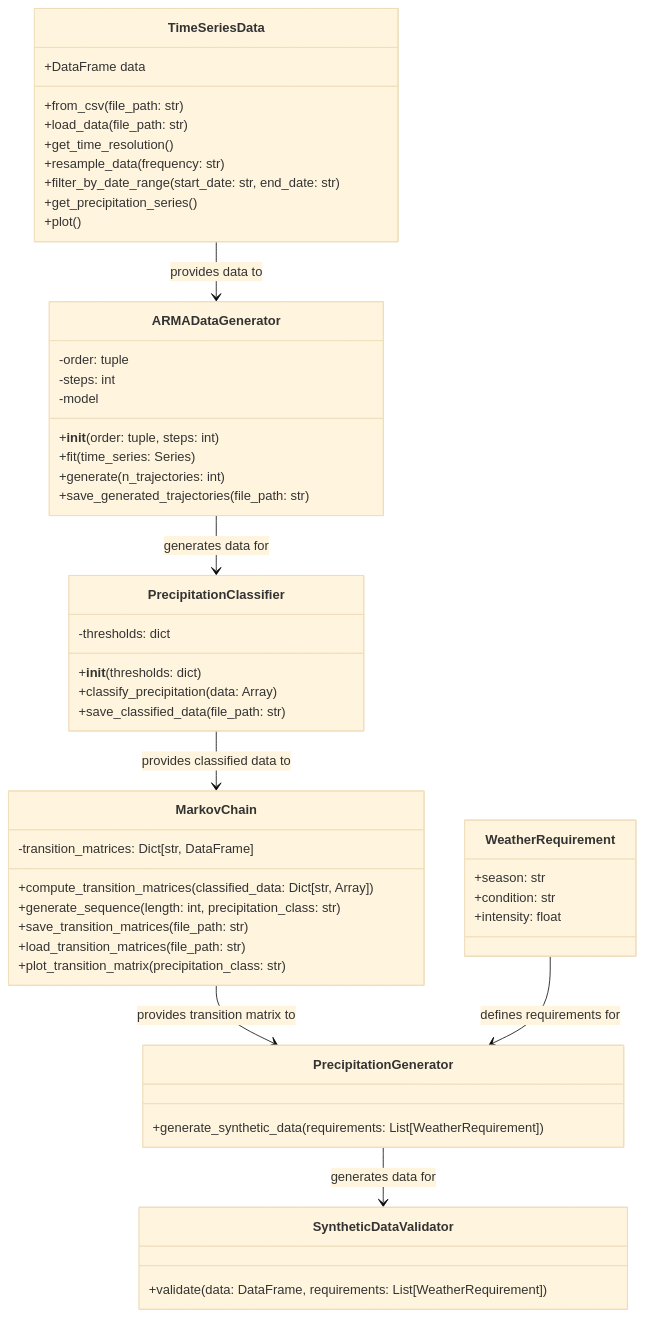
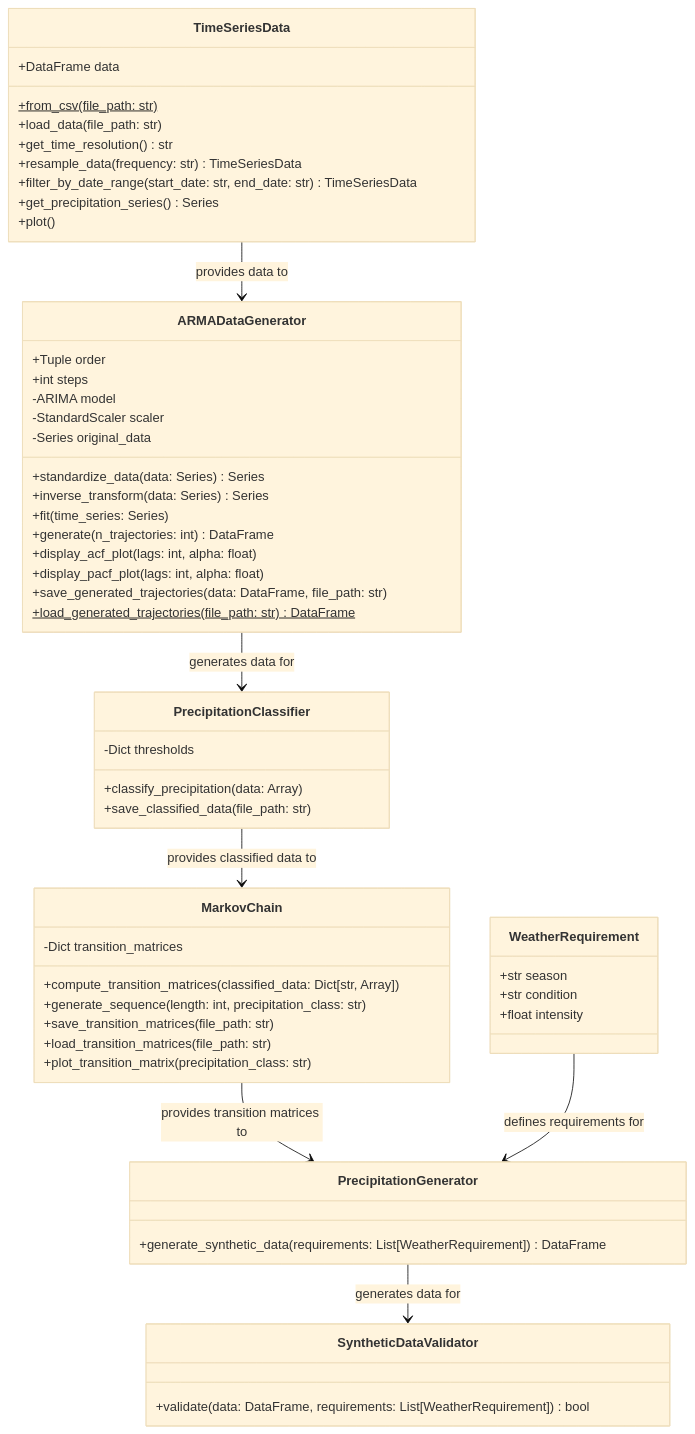
One commit to CooperBigFoot/precipitation-generator changed the diagram in diagram.md. Above: the diagram before and after it, drawn with Mermaid (base theme). The commit also changed 1 other file, not shown here.

Commit message:
update diagram

````diff
--- a/diagram.md
+++ b/diagram.md
@@ -2,60 +2,65 @@
 ```mermaid
 classDiagram
     class TimeSeriesData {
         +DataFrame data
-        +from_csv(file_path: str)
+        +from_csv(file_path: str)$
         +load_data(file_path: str)
-        +get_time_resolution()
-        +resample_data(frequency: str)
-        +filter_by_date_range(start_date: str, end_date: str)
-        +get_precipitation_series()
+        +get_time_resolution() str
+        +resample_data(frequency: str) TimeSeriesData
+        +filter_by_date_range(start_date: str, end_date: str) TimeSeriesData
+        +get_precipitation_series() Series
         +plot()
     }
 
     class ARMADataGenerator {
-        -order: tuple
-        -steps: int
-        -model
-        +__init__(order: tuple, steps: int)
+        +Tuple order
+        +int steps
+        -ARIMA model
+        -StandardScaler scaler
+        -Series original_data
+        +standardize_data(data: Series) Series
+        +inverse_transform(data: Series) Series
         +fit(time_series: Series)
-        +generate(n_trajectories: int)
-        +save_generated_trajectories(file_path: str)
+        +generate(n_trajectories: int) DataFrame
+        +display_acf_plot(lags: int, alpha: float)
+        +display_pacf_plot(lags: int, alpha: float)
+        +save_generated_trajectories(data: DataFrame, file_path: str)
+        +load_generated_trajectories(file_path: str)$ DataFrame
     }
 
     class PrecipitationClassifier {
-        -thresholds: dict
-        +__init__(thresholds: dict)
+        -Dict thresholds
         +classify_precipitation(data: Array)
         +save_classified_data(file_path: str)
     }
 
     class MarkovChain {
-        -transition_matrices: Dict[str, DataFrame]
+        -Dict transition_matrices
         +compute_transition_matrices(classified_data: Dict[str, Array])
         +generate_sequence(length: int, precipitation_class: str)
         +save_transition_matrices(file_path: str)
         +load_transition_matrices(file_path: str)
         +plot_transition_matrix(precipitation_class: str)
     }
 
     class WeatherRequirement {
-        +season: str
-        +condition: str
-        +intensity: float
+        +str season
+        +str condition
+        +float intensity
     }
 
     class SyntheticDataValidator {
-        +validate(data: DataFrame, requirements: List[WeatherRequirement])
+        +validate(data: DataFrame, requirements: List[WeatherRequirement]) bool
     }
 
     class PrecipitationGenerator {
-        +generate_synthetic_data(requirements: List[WeatherRequirement])
+        +generate_synthetic_data(requirements: List[WeatherRequirement]) DataFrame
     }
 
     TimeSeriesData --> ARMADataGenerator: provides data to
     ARMADataGenerator --> PrecipitationClassifier: generates data for
     PrecipitationClassifier --> MarkovChain: provides classified data to
-    MarkovChain --> PrecipitationGenerator: provides transition matrix to
+    MarkovChain --> PrecipitationGenerator: provides transition matrices to
     WeatherRequirement --> PrecipitationGenerator: defines requirements for
     PrecipitationGenerator --> SyntheticDataValidator: generates data for
 ```
````
